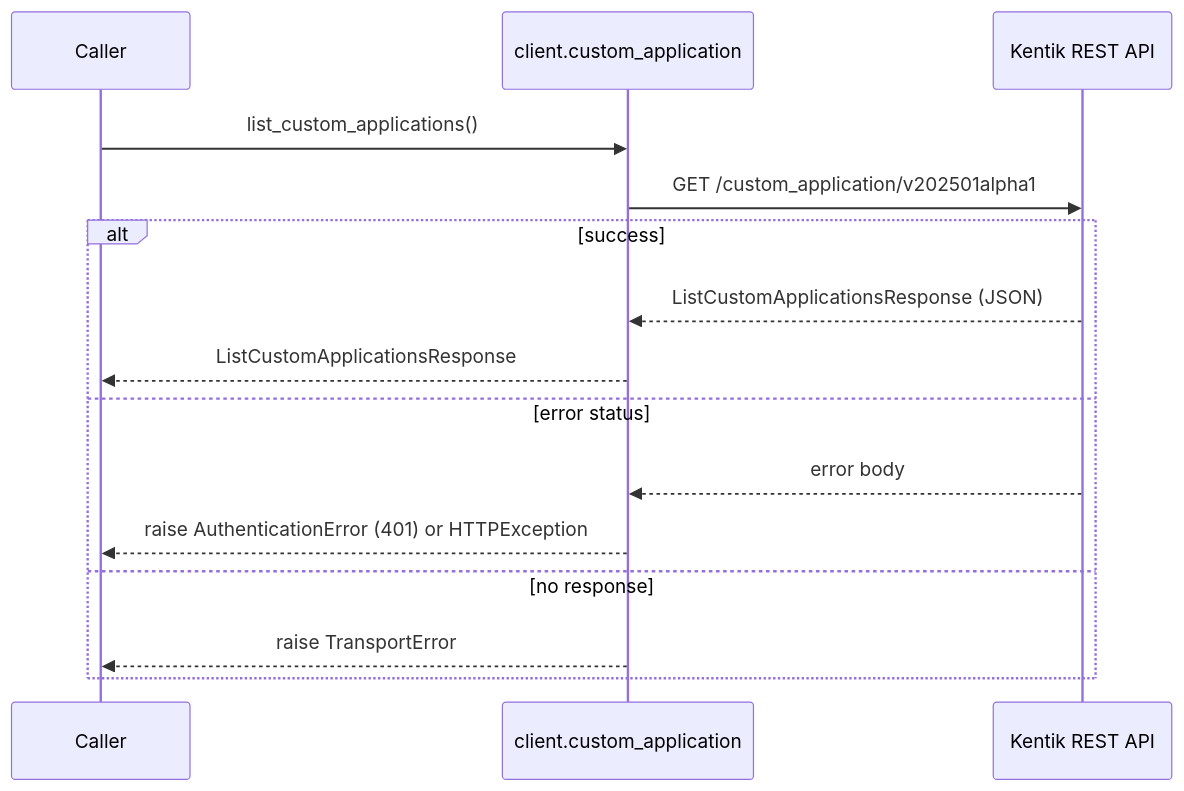
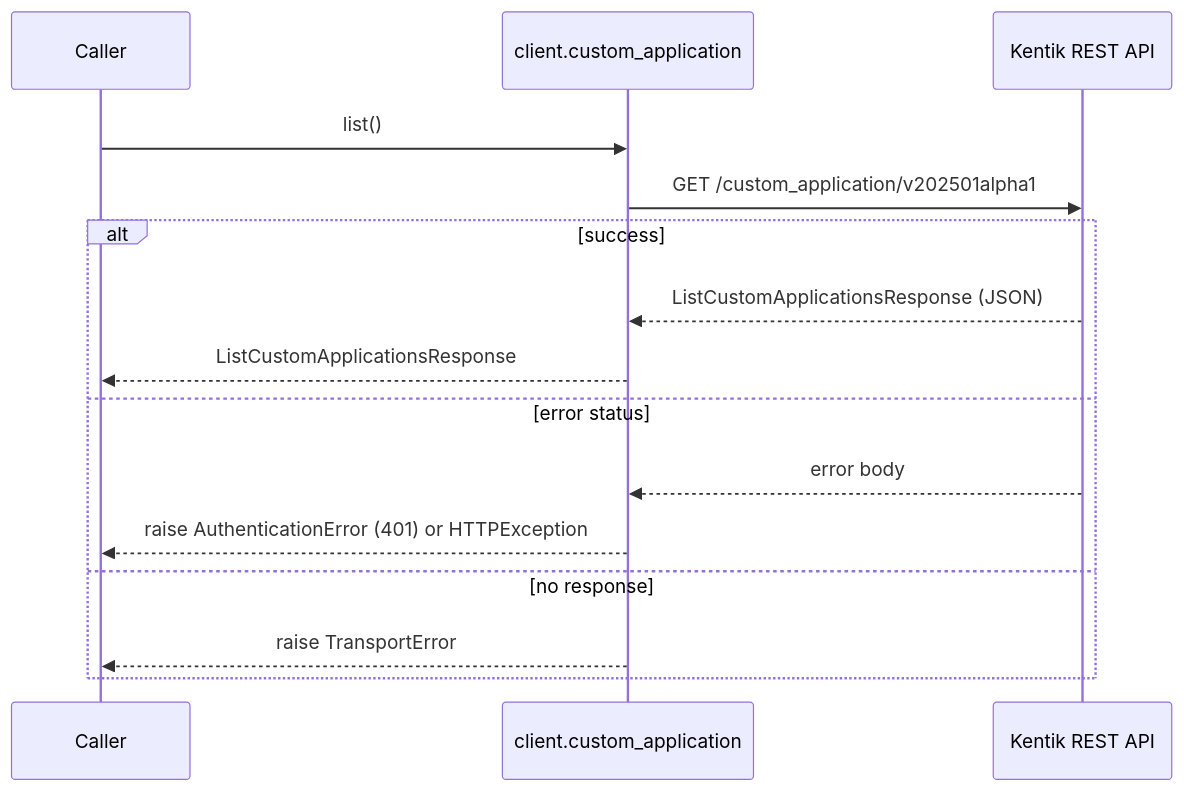
One commit to alexdearaujo/community_sdk_python changed the second of 12 diagrams in docs/sphinx/services/custom_application.md. Above: the diagram before and after it, drawn with Mermaid. The commit also changed other lines of this file and 119 other files, not shown here.

````diff
--- a/docs/sphinx/services/custom_application.md
+++ b/docs/sphinx/services/custom_application.md
@@ -38,18 +38,18 @@
 ```mermaid
 sequenceDiagram
     participant C as Caller
     participant W as client.custom_application
     participant API as Kentik REST API
 
-    C->>W: list_custom_applications()
+    C->>W: list()
     W->>API: GET /custom_application/v202501alpha1
     alt success
         API-->>W: ListCustomApplicationsResponse (JSON)
         W-->>C: ListCustomApplicationsResponse
     else error status
         API-->>W: error body
         W-->>C: raise AuthenticationError (401) or HTTPException
     else no response
         W-->>C: raise TransportError
     end
 ```
````
